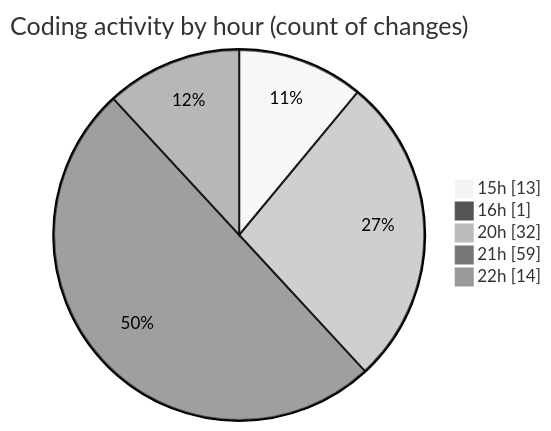
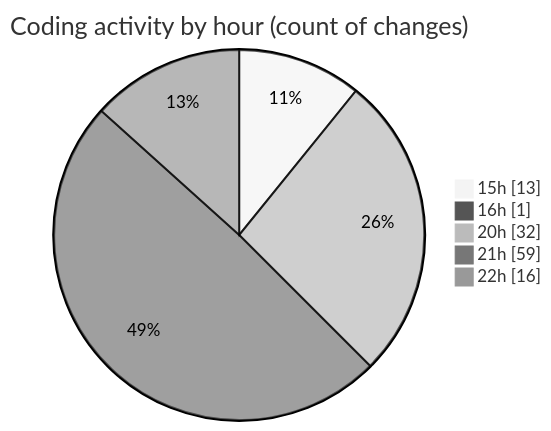
One commit to EIIisD/code-tracking changed the second of 2 diagrams in 2025-07-17/ribbon/README.md. Above: the diagram before and after it, drawn with Mermaid (neutral theme). The commit also changed other lines of this file and 1 other file, not shown here.

````diff
--- a/2025-07-17/ribbon/README.md
+++ b/2025-07-17/ribbon/README.md
@@ -68,9 +68,9 @@
 ```mermaid
 pie showData
 title Coding activity by hour (count of changes)
 "15h" : 13
 "16h" : 1
 "20h" : 32
 "21h" : 59
-"22h" : 14
+"22h" : 16
 ```
````
